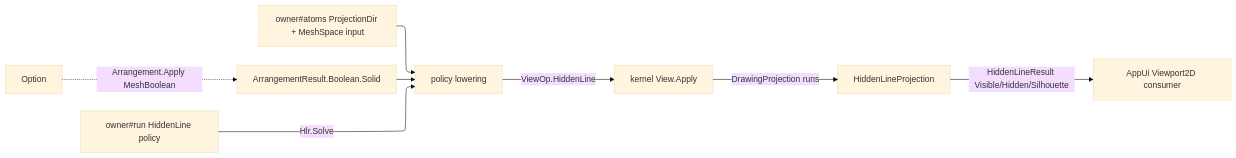
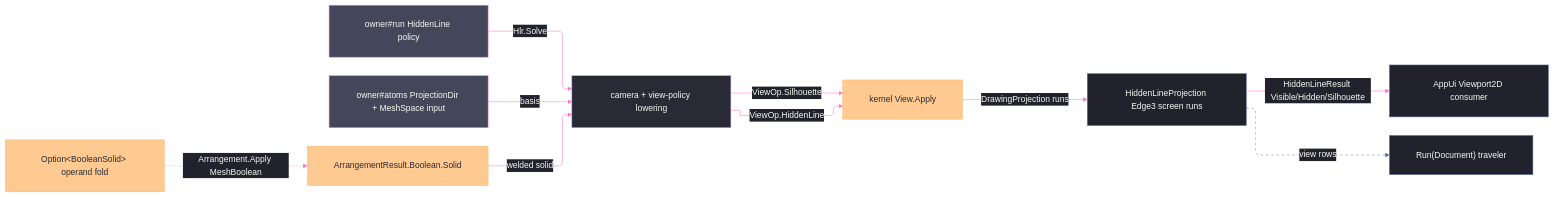
Before and after one commit to bsamiee/Rasm: the diagram in libs/csharp/Rasm.Fabrication/.planning/Documentation/projection.md, drawn with Mermaid. The commit also changed other lines of this file and 79 other files, not shown here.

````diff
--- a/libs/csharp/Rasm.Fabrication/.planning/Documentation/projection.md
+++ b/libs/csharp/Rasm.Fabrication/.planning/Documentation/projection.md
@@ -71,15 +97,48 @@
 ```mermaid
 ---
 config:
+  theme: base
+  look: classic
   layout: elk
-  theme: base
+  flowchart:
+    curve: linear
+    padding: 25
+  themeVariables:
+    darkMode: true
+    fontFamily: "SF Mono, Menlo, Cascadia Mono, Segoe UI Mono, Consolas, monospace"
+    useGradient: false
+    dropShadow: "none"
+    background: "#282A36"
+    primaryColor: "#44475A"
+    primaryTextColor: "#F8F8F2"
+    primaryBorderColor: "#BD93F9"
+    mainBkg: "#44475A"
+    nodeBorder: "#BD93F9"
+    lineColor: "#FF79C6"
+    textColor: "#F8F8F2"
+    edgeLabelBackground: "#21222C"
+    labelBackgroundColor: "#21222C"
+  themeCSS: ".nodeLabel{font-size:13px;font-weight:500}.edgeLabel{font-size:12px;font-weight:500}.edge-thickness-normal{stroke-width:2px}.edge-thickness-thick{stroke-width:3px}.edge-pattern-dashed,.edge-pattern-dotted{stroke-width:1.5px;stroke-dasharray:4 6}.node rect,.node circle,.node polygon,.node path,.node .outer-path{stroke-width:1.5px;filter:none!important}.marker path{transform:scale(.8);transform-origin:5px 5px}.marker circle{transform:scale(.48);transform-origin:5px 5px}.edgeLabel rect{transform-box:fill-box;transform-origin:center;transform:scale(1.1,1.2)}"
 ---
 flowchart LR
-    OwnerRun["owner#run HiddenLine policy"] -->|"Hlr.Solve"| Lower["policy lowering"]
-    Atoms["owner#atoms ProjectionDir + MeshSpace input"] --> Lower
-    Watertight["Option<BooleanSolid>"] -.->|"Arrangement.Apply MeshBoolean"| Arrangement["ArrangementResult.Boolean.Solid"]
-    Arrangement --> Lower
+    accTitle: Hidden-line plane seams
+    accDescr: The owner policy and basis lower into the kernel camera, view policy, and two view ops; the arrangement fold prepares the watertight operand and the screen-run receipt crosses to the app shell and the traveler.
+    OwnerRun["owner#run HiddenLine policy"] -->|"Hlr.Solve"| Lower["camera + view-policy lowering"]
+    Atoms["owner#atoms ProjectionDir + MeshSpace input"] -->|"basis"| Lower
+    Watertight["Option&lt;BooleanSolid&gt; operand fold"] -.->|"Arrangement.Apply MeshBoolean"| Arrangement["ArrangementResult.Boolean.Solid"]
+    Arrangement -->|"welded solid"| Lower
     Lower -->|"ViewOp.HiddenLine"| ViewApply["kernel View.Apply"]
-    ViewApply -->|"DrawingProjection runs"| Adapter["HiddenLineProjection"]
+    Lower -->|"ViewOp.Silhouette"| ViewApply
+    ViewApply -->|"DrawingProjection runs"| Adapter["HiddenLineProjection Edge3 screen runs"]
     Adapter -->|"HiddenLineResult Visible/Hidden/Silhouette"| AppUi["AppUi Viewport2D consumer"]
+    Adapter -.->|"view rows"| Traveler["Run(Document) traveler"]
+    classDef primary fill:#44475A,stroke:#FF79C6,color:#F8F8F2
+    classDef boundary fill:#282A36,stroke:#BD93F9,color:#F8F8F2
+    classDef data fill:#FFB86CBF,stroke:#FFB86C,color:#282A36
+    classDef annotation fill:#21222C,stroke:#6272A4,color:#F8F8F2
+    class OwnerRun,Atoms primary
+    class Lower boundary
+    class Watertight,Arrangement,ViewApply data
+    class Adapter,AppUi,Traveler annotation
+    linkStyle 8 stroke:#6272A4,color:#F8F8F2,stroke-dasharray:4 6
 ```
````
